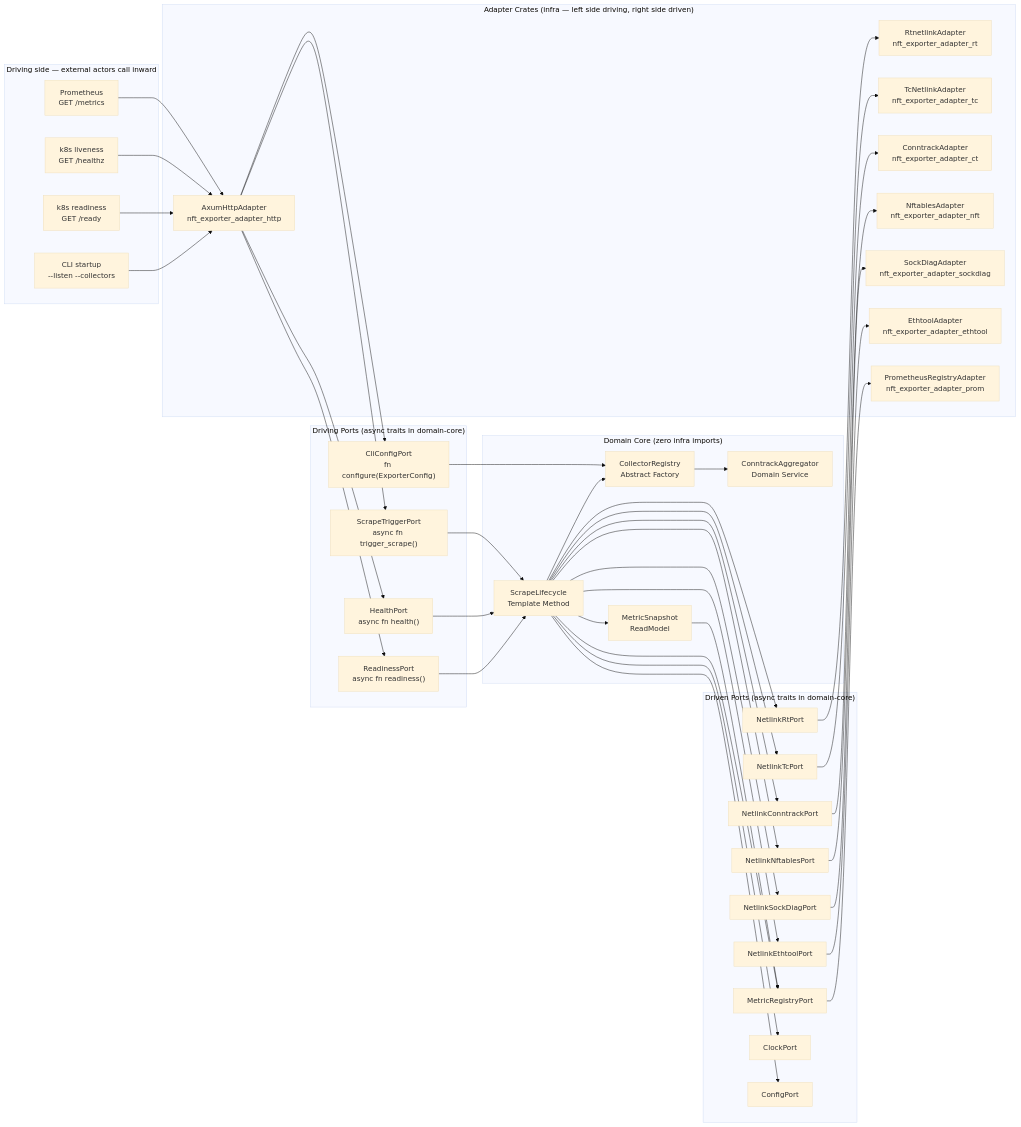
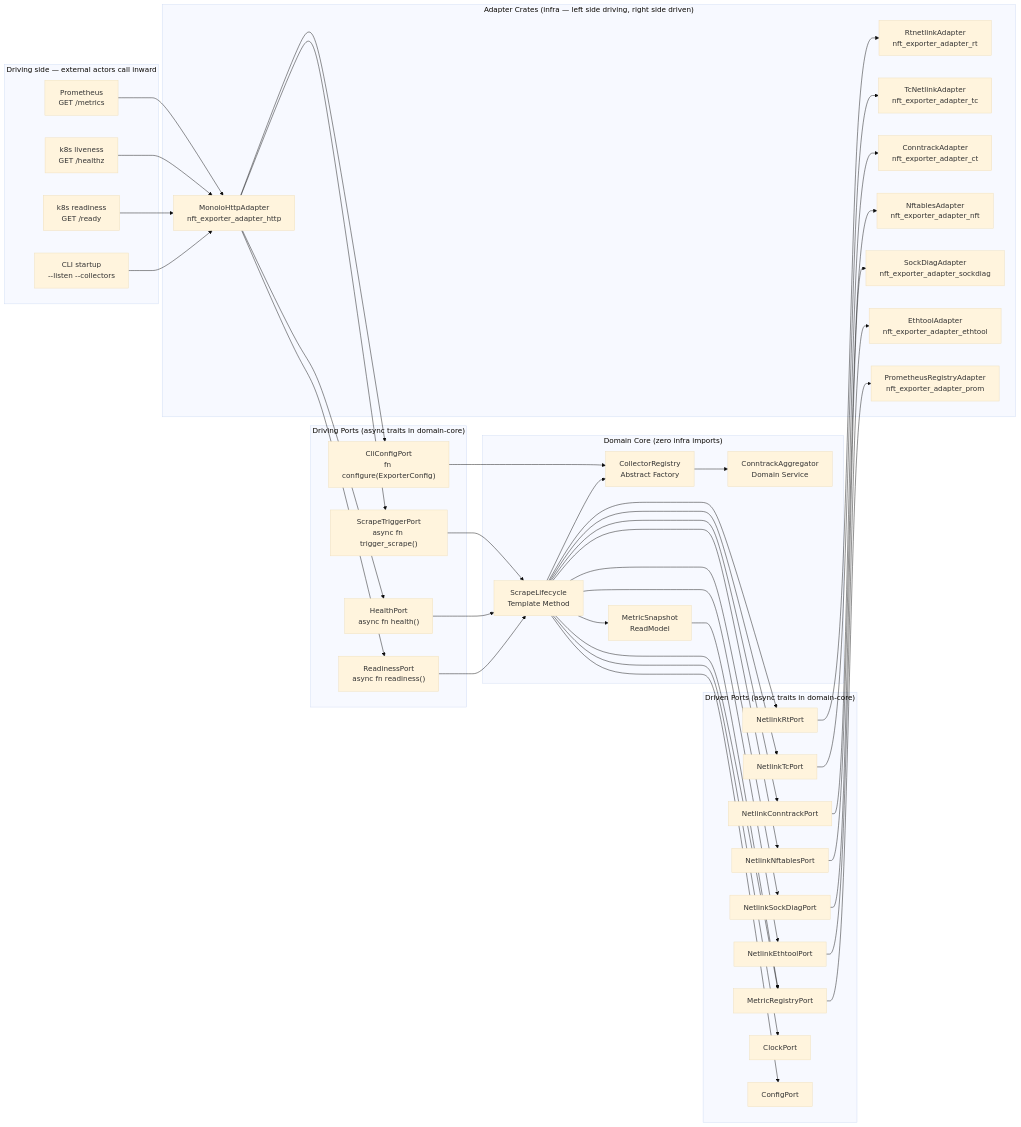
One commit to farchanjo/netlink_exporter changed the second of 2 diagrams in docs/arch/domain/overview.md. Above: the diagram before and after it, drawn with Mermaid (base theme). The commit also changed other lines of this file and 4 other files, not shown here.

```diff
--- a/docs/arch/domain/overview.md
+++ b/docs/arch/domain/overview.md
@@ -182,7 +182,7 @@
     end
 
     subgraph adapters["Adapter Crates (infra — left side driving, right side driven)"]
-        AXM["AxumHttpAdapter\nnft_exporter_adapter_http"]
+        AXM["MonoioHttpAdapter\nnft_exporter_adapter_http"]
         RTA["RtnetlinkAdapter\nnft_exporter_adapter_rt"]
         TCA["TcNetlinkAdapter\nnft_exporter_adapter_tc"]
         CTA["ConntrackAdapter\nnft_exporter_adapter_ct"]
```
